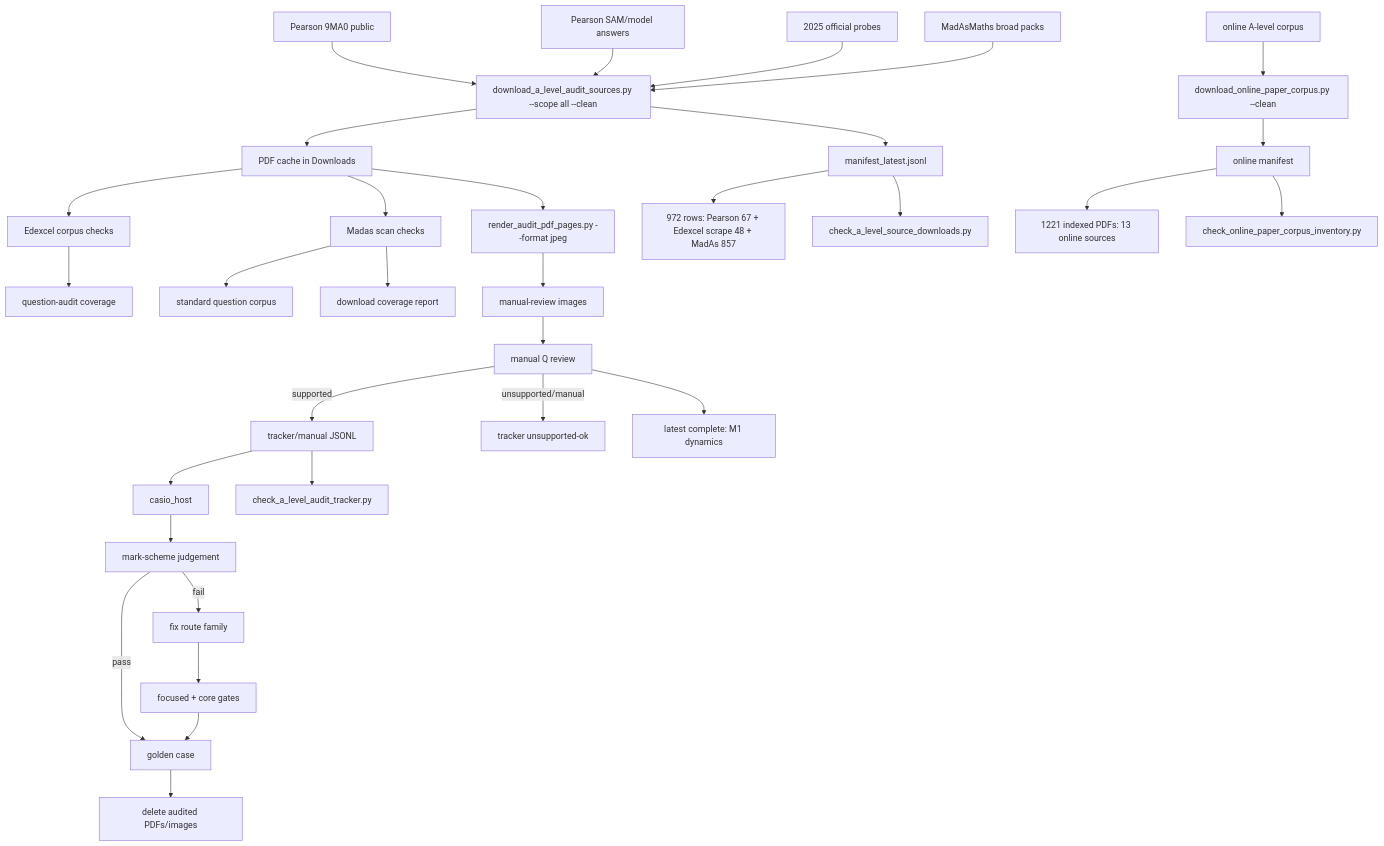
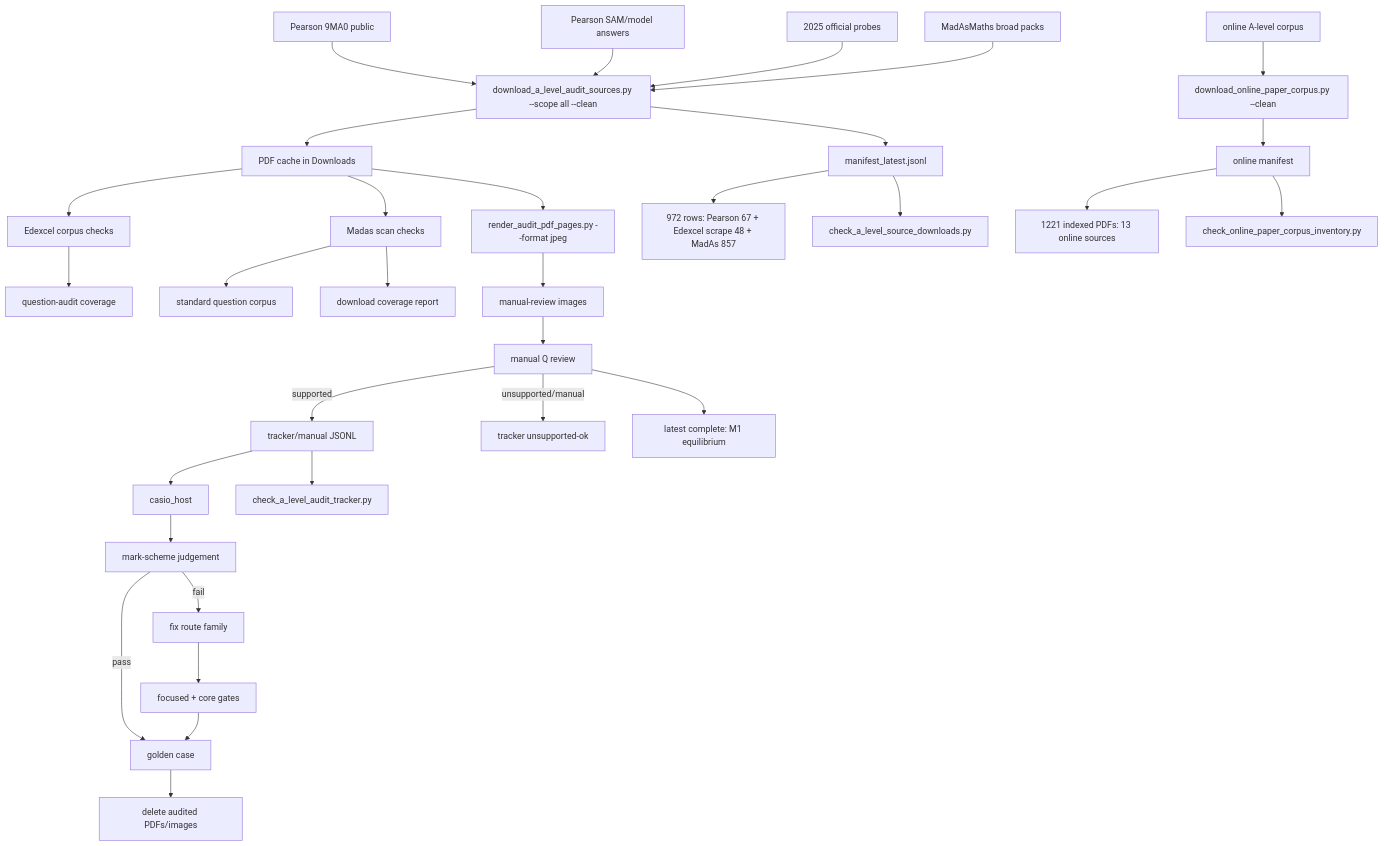
Before and after one commit to james8464/notes-addin-casio-fx-cg50: the diagram in c++/tools/golden/a_level_audit_graph.md, drawn with Mermaid. The commit also changed other lines of this file and 2 other files, not shown here.

Commit message:
Audit M1 equilibrium booklet

````diff
--- a/c++/tools/golden/a_level_audit_graph.md
+++ b/c++/tools/golden/a_level_audit_graph.md
@@ -3,34 +3,34 @@
 ```mermaid
 graph TD
   E1["Pearson 9MA0 public"] --> D["download_a_level_audit_sources.py --scope all --clean"]
   E2["Pearson SAM/model answers"] --> D
   E3["2025 official probes"] --> D
   M1["MadAsMaths broad packs"] --> D
   O1["online A-level corpus"] --> OD["download_online_paper_corpus.py --clean"]
   D --> P["PDF cache in Downloads"]
   D --> X["manifest_latest.jsonl"]
   OD --> OX["online manifest"]
   X --> XC["972 rows: Pearson 67 + Edexcel scrape 48 + MadAs 857"]
   OX --> OC["1221 indexed PDFs: 13 online sources"]
   X --> V["check_a_level_source_downloads.py"]
   OX --> OV["check_online_paper_corpus_inventory.py"]
   P --> E["Edexcel corpus checks"]
   E --> EQ["question-audit coverage"]
   P --> S["Madas scan checks"]
   S --> M["standard question corpus"]
   S --> MC["download coverage report"]
   P --> R["render_audit_pdf_pages.py --format jpeg"]
   R --> I["manual-review images"]
   I --> Q["manual Q review"]
   Q -->|supported| J["tracker/manual JSONL"]
   Q -->|unsupported/manual| U["tracker unsupported-ok"]
   J --> H["casio_host"]
   J --> K["check_a_level_audit_tracker.py"]
   H --> C["mark-scheme judgement"]
   C -->|pass| G["golden case"]
   C -->|fail| F["fix route family"]
   F --> T["focused + core gates"]
   T --> G
   G --> Z["delete audited PDFs/images"]
-  Q --> Qt["latest complete: M1 dynamics"]
+  Q --> Qt["latest complete: M1 equilibrium"]
 ```
````
